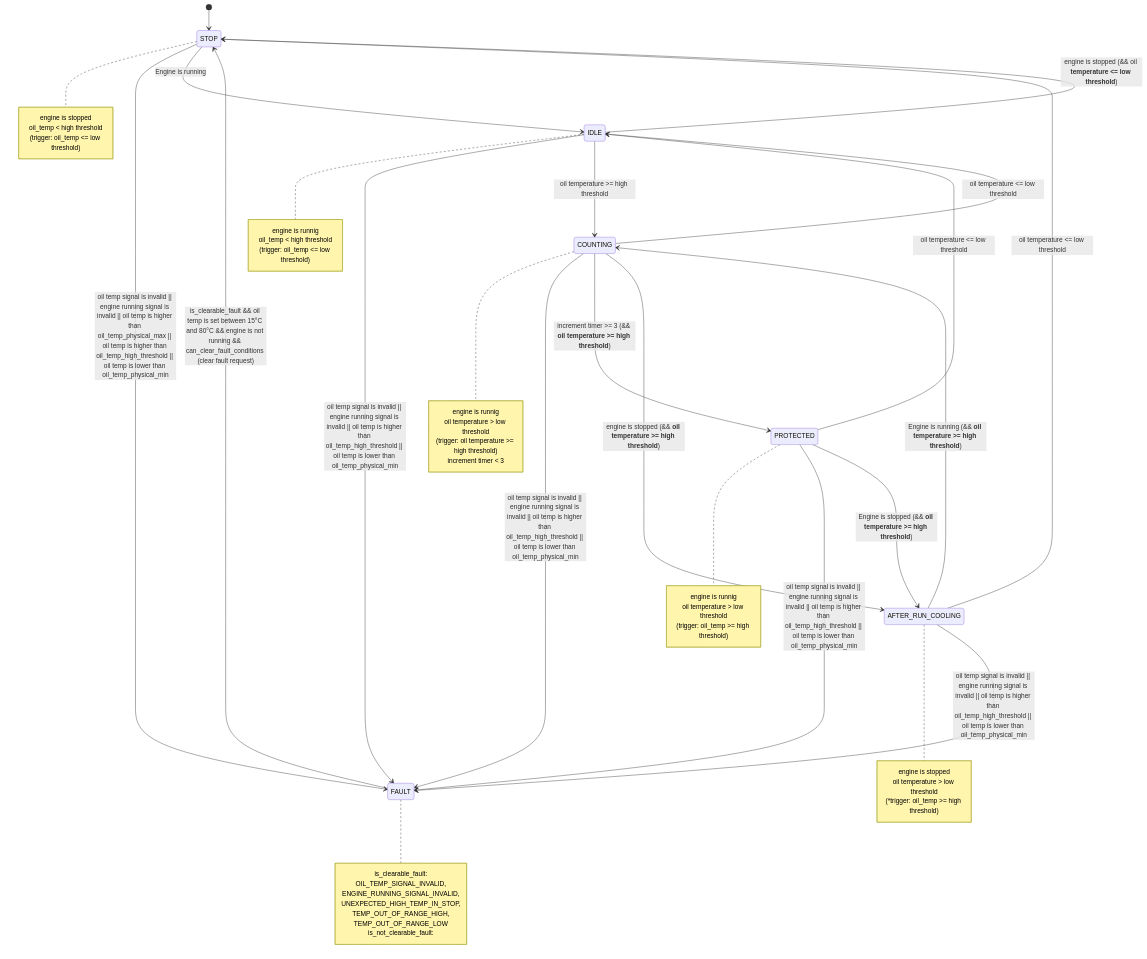
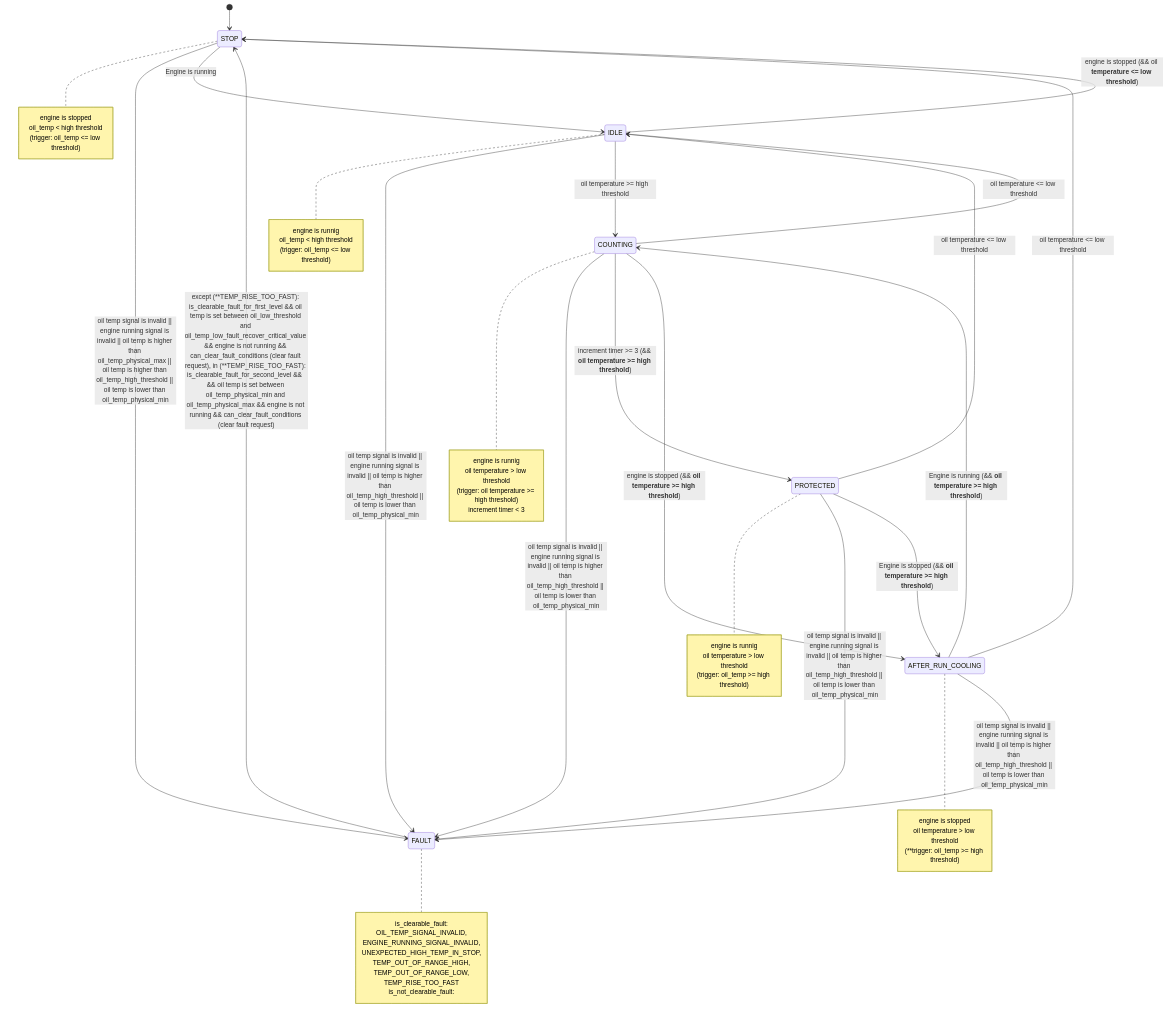
One commit to CY-M02605/Embedded-Control-Architecture changed the diagram in README.md. Above: the diagram before and after it, drawn with Mermaid. The commit also changed other lines of this file, not shown here.

````diff
--- a/README.md
+++ b/README.md
@@ -562,62 +583,63 @@
 ```mermaid
 stateDiagram-v2
     [*] --> STOP
 
     note right of STOP
         engine is stopped
         oil_temp < high threshold
         (trigger: oil_temp <= low threshold)
     end note
     STOP --> FAULT: oil temp signal is invalid || engine running signal is invalid || oil temp is higher than oil_temp_physical_max || oil temp is higher than oil_temp_high_threshold || oil temp is lower than oil_temp_physical_min
     STOP --> IDLE: Engine is running
 
     note right of IDLE
         engine is runnig
         oil_temp < high threshold
         (trigger: oil_temp <= low threshold)
     end note
     IDLE --> FAULT: oil temp signal is invalid || engine running signal is invalid || oil temp is higher than oil_temp_high_threshold || oil temp is lower than oil_temp_physical_min
     IDLE --> COUNTING: oil temperature >= high threshold
     IDLE --> STOP: engine is stopped (&& oil **temperature <= low threshold**)
 
     note right of COUNTING
         engine is runnig
         oil temperature > low threshold
         (trigger: oil temperature >= high threshold)
         increment timer < 3
     end note
     COUNTING --> FAULT: oil temp signal is invalid || engine running signal is invalid || oil temp is higher than oil_temp_high_threshold || oil temp is lower than oil_temp_physical_min
     COUNTING --> PROTECTED: increment timer >= 3 (&& **oil temperature >= high threshold**)
     COUNTING --> IDLE: oil temperature <= low threshold
     COUNTING --> AFTER_RUN_COOLING: engine is stopped (&& **oil temperature >= high threshold**)
 
     note right of PROTECTED
         engine is runnig
         oil temperature > low threshold
         (trigger: oil_temp >= high threshold)
     end note
     PROTECTED --> FAULT: oil temp signal is invalid || engine running signal is invalid || oil temp is higher than oil_temp_high_threshold || oil temp is lower than oil_temp_physical_min
     PROTECTED --> IDLE: oil temperature <= low threshold
     PROTECTED --> AFTER_RUN_COOLING: Engine is stopped (&& **oil temperature >= high threshold**)
 
     note right of AFTER_RUN_COOLING
         engine is stopped
         oil temperature > low threshold
-        (*trigger: oil_temp >= high threshold)
+        (**trigger: oil_temp >= high threshold)
     end note
     AFTER_RUN_COOLING --> FAULT: oil temp signal is invalid || engine running signal is invalid || oil temp is higher than oil_temp_high_threshold || oil temp is lower than oil_temp_physical_min
     AFTER_RUN_COOLING --> STOP: oil temperature <= low threshold
     AFTER_RUN_COOLING --> COUNTING: Engine is running (&& **oil temperature >= high threshold**)
 
     note right of FAULT
         is_clearable_fault:
             OIL_TEMP_SIGNAL_INVALID,
             ENGINE_RUNNING_SIGNAL_INVALID,
             UNEXPECTED_HIGH_TEMP_IN_STOP,
             TEMP_OUT_OF_RANGE_HIGH,
-            TEMP_OUT_OF_RANGE_LOW
+            TEMP_OUT_OF_RANGE_LOW,
+            TEMP_RISE_TOO_FAST
         is_not_clearable_fault:
 
     end note
-    FAULT --> STOP: is_clearable_fault && oil temp is set between 15°C and 80°C && engine is not running && can_clear_fault_conditions (clear fault request)
+    FAULT --> STOP: except (**TEMP_RISE_TOO_FAST): is_clearable_fault_for_first_level && oil temp is set between oil_low_threshold and oil_temp_low_fault_recover_critical_value && engine is not running && can_clear_fault_conditions (clear fault request), in (**TEMP_RISE_TOO_FAST): is_clearable_fault_for_second_level &&  && oil temp is set between oil_temp_physical_min and oil_temp_physical_max && engine is not running && can_clear_fault_conditions (clear fault request) 
 ```
````
